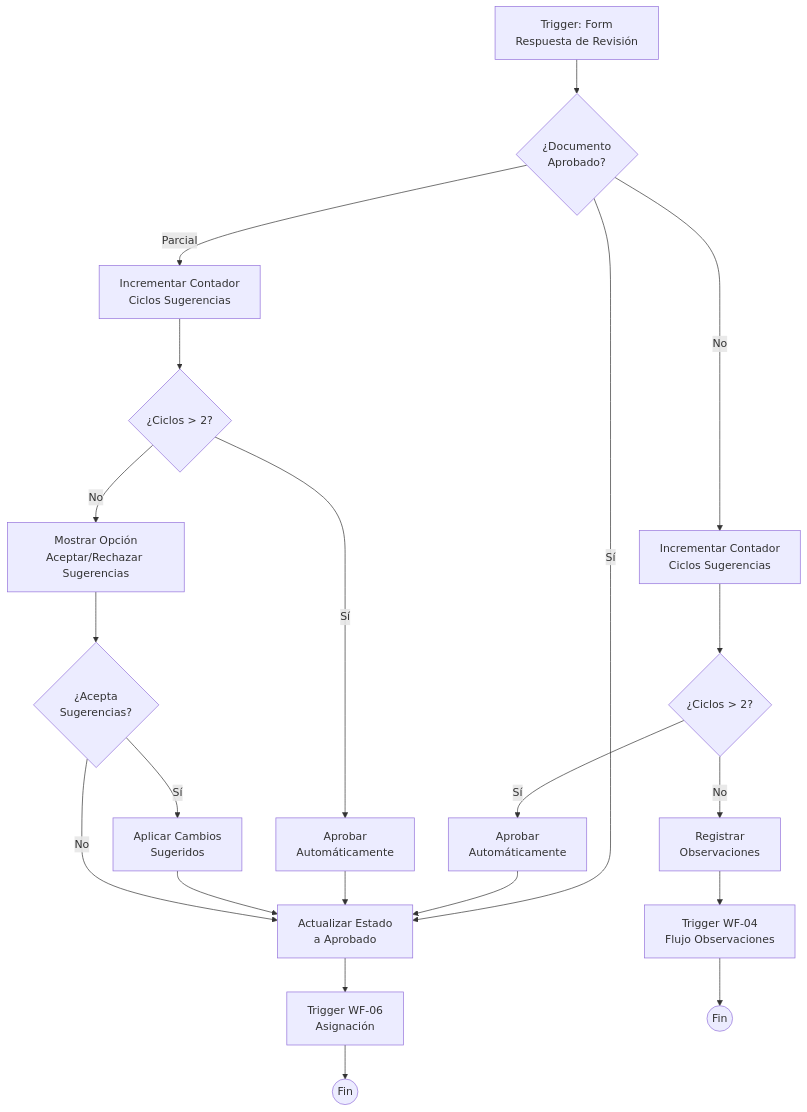
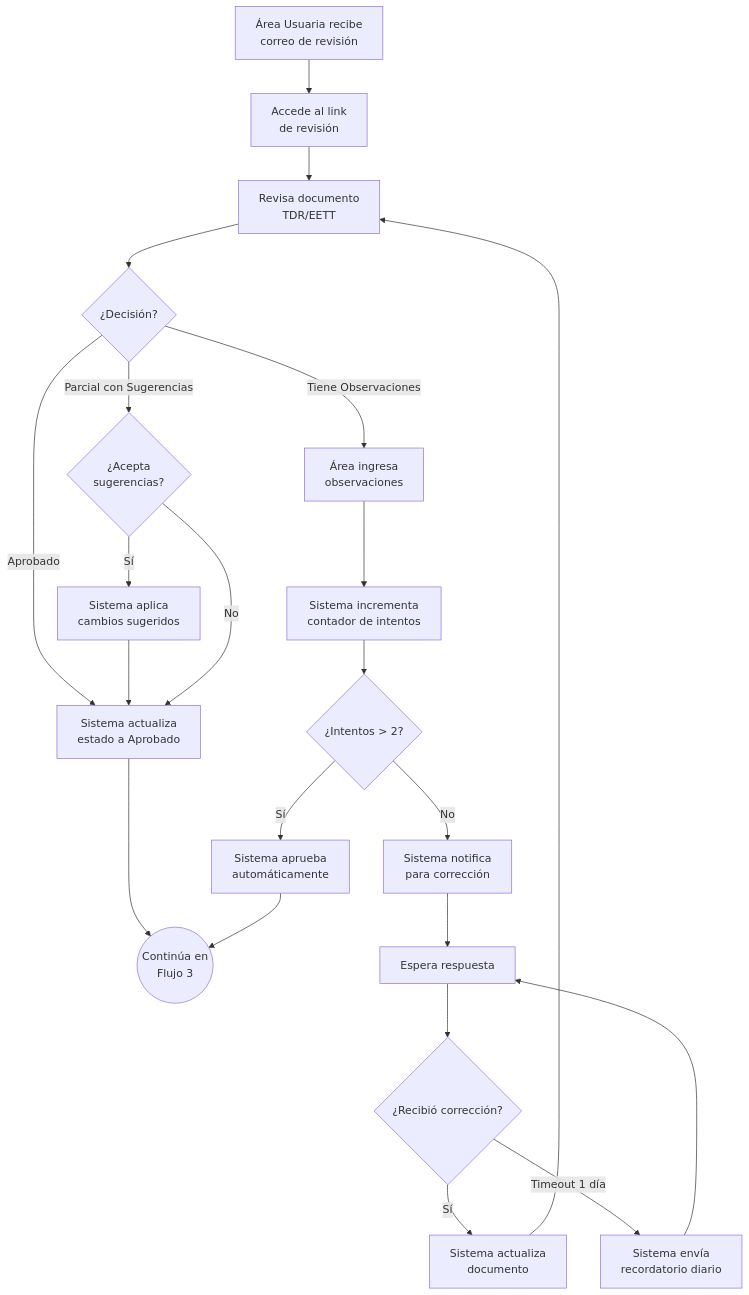
The sixth of 16 diagrams in README.md (lfam200/WorkFlow-n8n), drawn with Mermaid before and after one commit. The commit also changed other lines of this file, not shown here.

````diff
--- a/README.md
+++ b/README.md
@@ -1009,26 +288,32 @@
 ```mermaid
 flowchart TD
-    A[Trigger: Form<br/>Respuesta de Revisión] --> B{¿Documento<br/>Aprobado?}
+    A[Área Usuaria recibe<br/>correo de revisión] --> B[Accede al link<br/>de revisión]
+    B --> C[Revisa documento<br/>TDR/EETT]
     
-    B -->|Sí| C[Actualizar Estado<br/>a Aprobado]
-    C --> D[Trigger WF-06<br/>Asignación]
-    D --> E((Fin))
+    C --> D{¿Decisión?}
     
-    B -->|No| F[Incrementar Contador<br/>Ciclos Sugerencias]
-    F --> G{¿Ciclos > 2?}
-    G -->|Sí| H[Aprobar<br/>Automáticamente]
-    H --> C
-    G -->|No| I[Registrar<br/>Observaciones]
-    I --> J[Trigger WF-04<br/>Flujo Observaciones]
-    J --> K((Fin))
+    D -->|Aprobado| E[Sistema actualiza<br/>estado a Aprobado]
+    E --> F((Continúa en<br/>Flujo 3))
     
-    B -->|Parcial| L[Incrementar Contador<br/>Ciclos Sugerencias]
-    L --> M{¿Ciclos > 2?}
-    M -->|Sí| N[Aprobar<br/>Automáticamente]
+    D -->|Tiene Observaciones| G[Área ingresa<br/>observaciones]
+    G --> H[Sistema incrementa<br/>contador de intentos]
+    H --> I{¿Intentos > 2?}
+    
+    I -->|Sí| J[Sistema aprueba<br/>automáticamente]
+    J --> F
+    
+    I -->|No| K[Sistema notifica<br/>para corrección]
+    K --> L[Espera respuesta]
+    
+    L --> M{¿Recibió corrección?}
+    M -->|Sí| N[Sistema actualiza<br/>documento]
     N --> C
-    M -->|No| O[Mostrar Opción<br/>Aceptar/Rechazar Sugerencias]
-    O --> P{¿Acepta<br/>Sugerencias?}
-    P -->|Sí| Q[Aplicar Cambios<br/>Sugeridos]
-    Q --> C
-    P -->|No| C
+    
+    M -->|Timeout 1 día| O[Sistema envía<br/>recordatorio diario]
+    O --> L
+    
+    D -->|Parcial con Sugerencias| P{¿Acepta<br/>sugerencias?}
+    P -->|Sí| Q[Sistema aplica<br/>cambios sugeridos]
+    Q --> E
+    P -->|No| E
 ```
````
